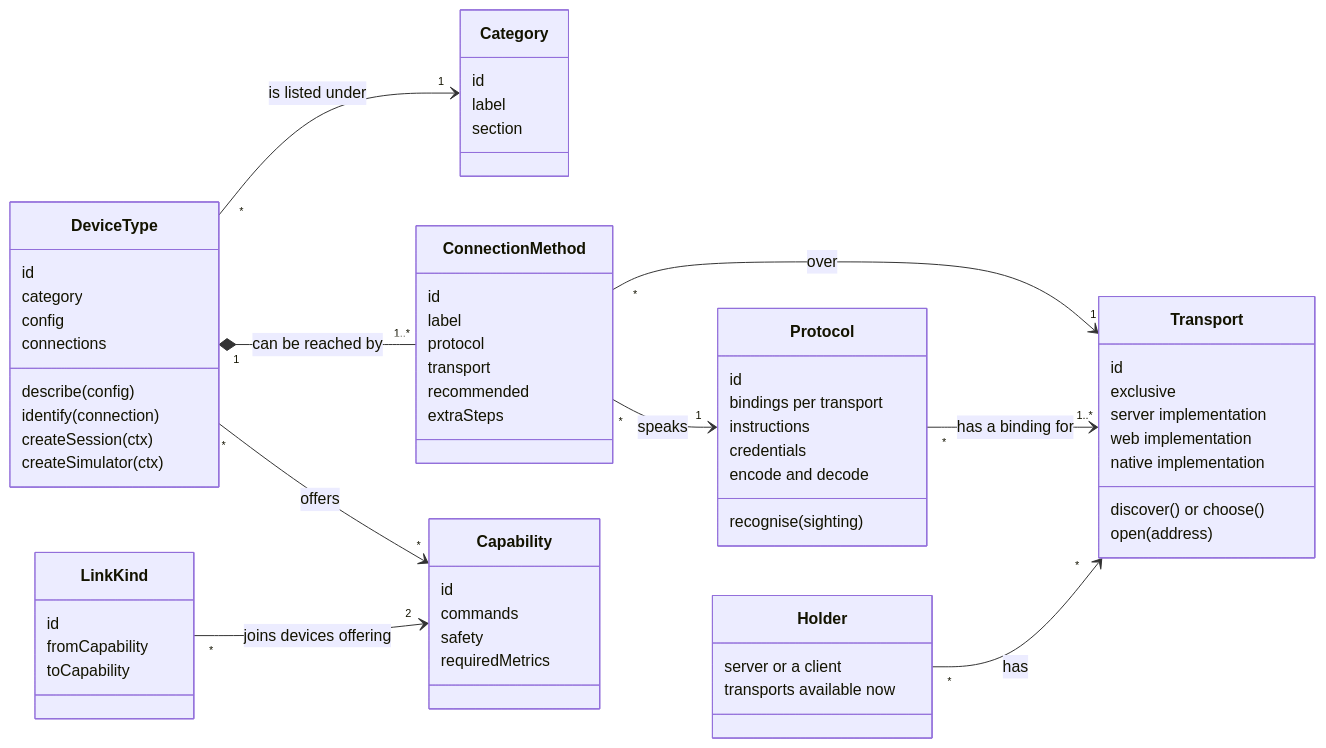
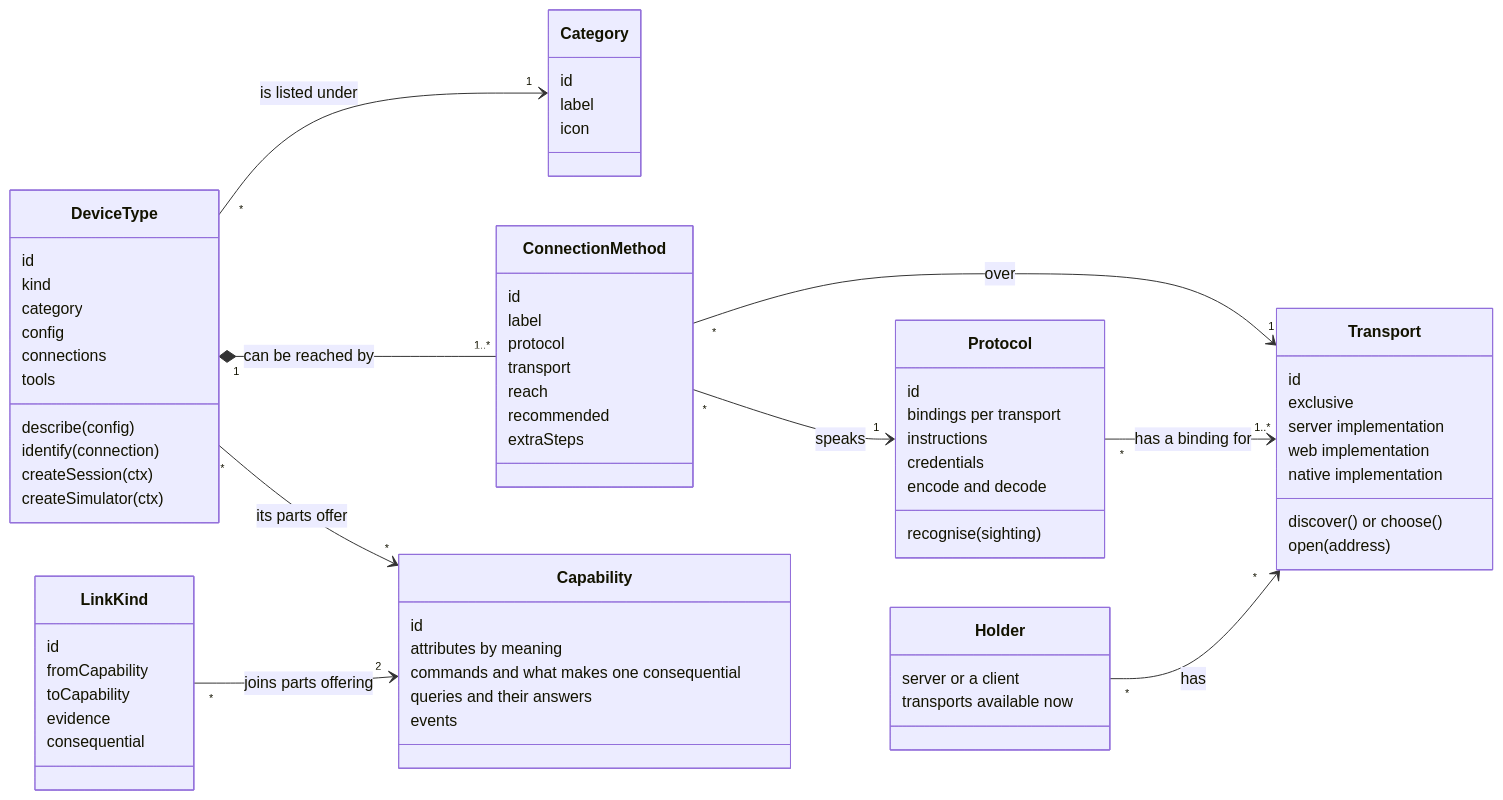
One commit to olofd/kraftverk changed the second of 4 diagrams in docs/DATA-MODEL.md. Above: the diagram before and after it, drawn with Mermaid. The commit also changed other lines of this file and 96 other files, not shown here.

First line of the commit message:
The model, part 3: time, structure, consequence, parts and links, tools as data

````diff
--- a/docs/DATA-MODEL.md
+++ b/docs/DATA-MODEL.md
@@ -189,69 +190,75 @@
 ```mermaid
 classDiagram
   direction LR
 
   class Category {
     id
     label
-    section
+    icon
   }
   class DeviceType {
     id
+    kind
     category
     describe(config)
     config
     connections
+    tools
     identify(connection)
     createSession(ctx)
     createSimulator(ctx)
   }
   class ConnectionMethod {
     id
     label
     protocol
     transport
+    reach
     recommended
     extraSteps
   }
   class Protocol {
     id
     bindings per transport
     recognise(sighting)
     instructions
     credentials
     encode and decode
   }
   class Transport {
     id
     exclusive
     server implementation
     web implementation
     native implementation
     discover() or choose()
     open(address)
   }
   class Holder {
     server or a client
     transports available now
   }
   class Capability {
     id
-    commands
-    safety
-    requiredMetrics
+    attributes by meaning
+    commands and what makes one consequential
+    queries and their answers
+    events
   }
   class LinkKind {
     id
     fromCapability
     toCapability
+    evidence
+    consequential
   }
 
   DeviceType "*" --> "1" Category : is listed under
   DeviceType "1" *-- "1..*" ConnectionMethod : can be reached by
   ConnectionMethod "*" --> "1" Protocol : speaks
   ConnectionMethod "*" --> "1" Transport : over
   Protocol "*" --> "1..*" Transport : has a binding for
   Holder "*" --> "*" Transport : has
-  DeviceType "*" --> "*" Capability : offers
-  LinkKind "*" --> "2" Capability : joins devices offering
+  DeviceType "*" --> "*" Capability : its parts offer
+  LinkKind "*" --> "2" Capability : joins parts offering
 ```
````
